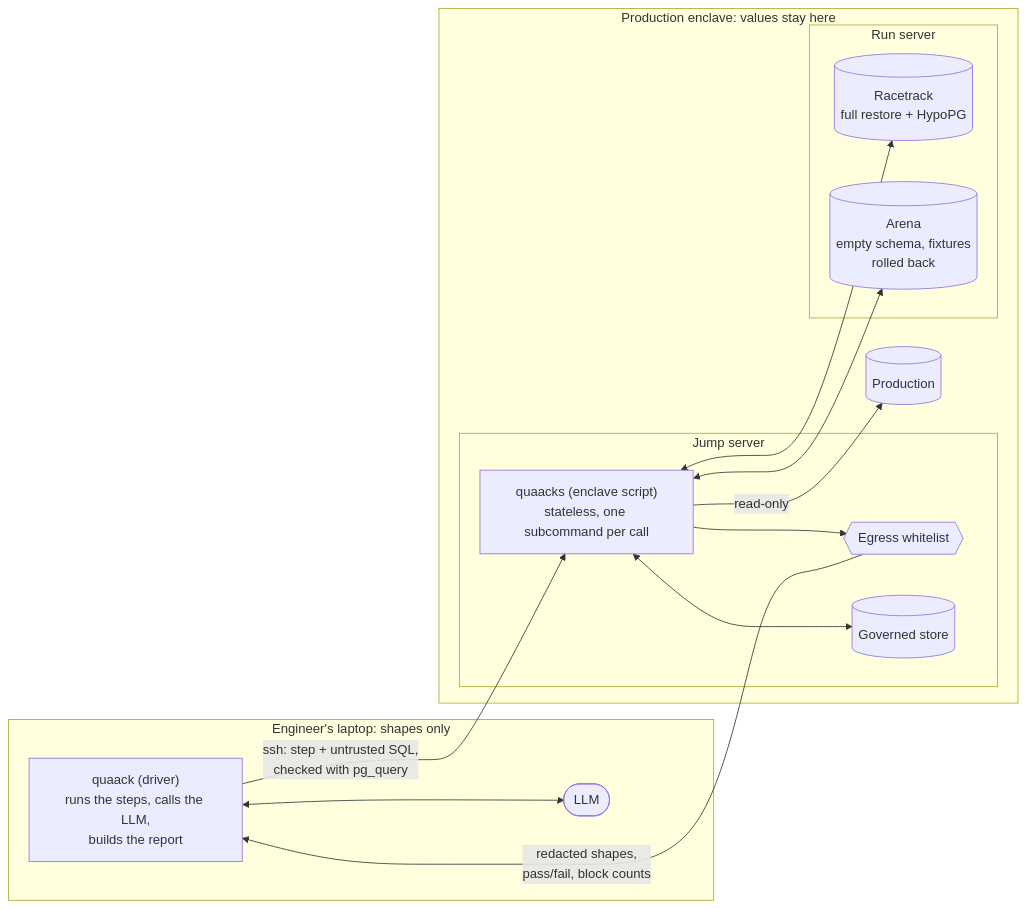
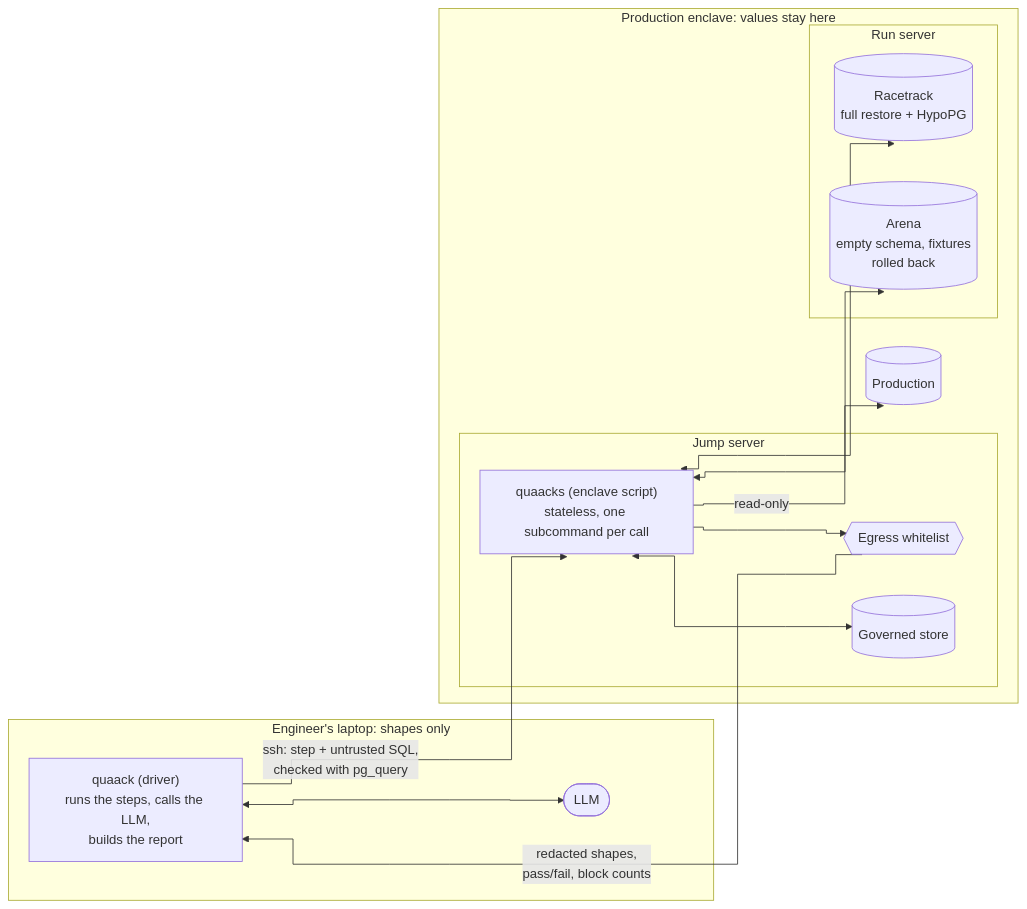
One commit to benchub/quaack changed the first of 2 diagrams in README.md. Above: the diagram before and after it, drawn with Mermaid. The commit also changed other lines of this file, not shown here.

Commit message:
Draw the README diagrams with right-angle edges
Claude-Session: https://claude.ai/code/session_01TFXv37V31QKitd2yvAsgLJ

````diff
--- a/README.md
+++ b/README.md
@@ -9,26 +9,27 @@
 ```mermaid
+%%{init: {"flowchart": {"curve": "step"}}}%%
 flowchart LR
     subgraph laptop["Engineer's laptop: shapes only"]
         driver["quaack (driver)<br/>runs the steps, calls the LLM,<br/>builds the report"]
         llm(["LLM"])
         driver <--> llm
     end
     subgraph enclave["Production enclave: values stay here"]
         prod[("Production")]
         subgraph jump["Jump server"]
             script["quaacks (enclave script)<br/>stateless, one subcommand per call"]
             egress{{"Egress whitelist"}}
             store[("Governed store")]
         end
         subgraph runsrv["Run server"]
             racetrack[("Racetrack<br/>full restore + HypoPG")]
             arena[("Arena<br/>empty schema, fixtures<br/>rolled back")]
         end
     end
     driver -- "ssh: step + untrusted SQL,<br/>checked with pg_query" --> script
     script --> egress -- "redacted shapes,<br/>pass/fail, block counts" --> driver
     script <--> store
     script -- "read-only" --> prod
     script <--> racetrack
     script <--> arena
 ```
````
